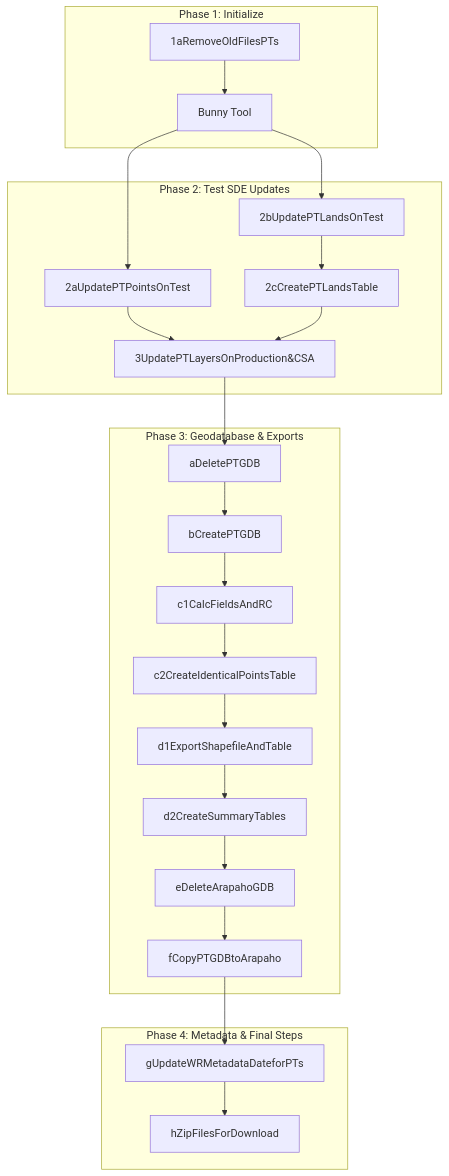
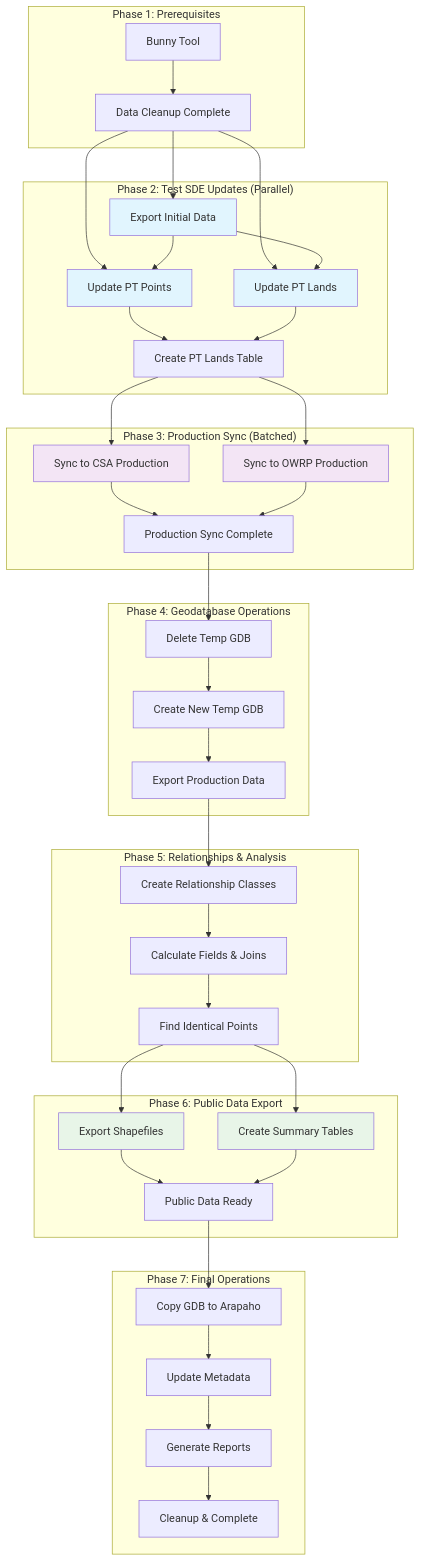
The diagram in README.md (derrickstark81/PT_Updates), drawn with Mermaid before and after one commit. The commit also changed other lines of this file, not shown here.

````diff
--- a/README.md
+++ b/README.md
@@ -90,33 +75,61 @@
 ```mermaid
 flowchart TD
 
-  subgraph "Phase 1: Initialize"
-    A[1aRemoveOldFilesPTs] --> B[Bunny Tool]
+  subgraph "Phase 1: Prerequisites"
+    A[Bunny Tool] --> B[Data Cleanup Complete]
   end
 
-  subgraph "Phase 2: Test SDE Updates"
-    B --> C[2aUpdatePTPointsOnTest]
-    B --> D[2bUpdatePTLandsOnTest]
-    D --> E[2cCreatePTLandsTable]
-    C --> F[3UpdatePTLayersOnProduction&CSA]
-    E --> F
+  subgraph "Phase 2: Test SDE Updates (Parallel)"
+    B --> C[Update PT Points]
+    B --> D[Update PT Lands]
+    B --> E[Export Initial Data]
+    C --> F[Create PT Lands Table]
+    D --> F
+    E --> C
+    E --> D
   end
   
 
-  subgraph "Phase 3: Geodatabase & Exports"
+  subgraph "Phase 3: Production Sync (Batched)"
 
-    F --> G[aDeletePTGDB]
-    G --> H[bCreatePTGDB]
-    H --> I[c1CalcFieldsAndRC]
-    I --> J[c2CreateIdenticalPointsTable]
-    J --> K[d1ExportShapefileAndTable]
-    K --> L[d2CreateSummaryTables]
-    L --> M[eDeleteArapahoGDB]
-    M --> N[fCopyPTGDBtoArapaho]
+    F --> G[Sync to CSA Production]
+    F --> H[Sync to OWRP Production]
+    G --> I[Production Sync Complete]
+    H --> I
+    
   end
 
-  subgraph "Phase 4: Metadata & Final Steps"
-    N --> O[gUpdateWRMetadataDateforPTs]
-    O --> P[hZipFilesForDownload]
+  subgraph "Phase 4: Geodatabase Operations"
+    I --> J[Delete Temp GDB]
+    J --> K[Create New Temp GDB]
+    K --> L[Export Production Data]
   end
+
+  subgraph "Phase 5: Relationships & Analysis"
+    L --> M[Create Relationship Classes]
+    M --> N[Calculate Fields & Joins]
+    N --> O[Find Identical Points]
+  end
+
+  subgraph "Phase 6: Public Data Export"
+    O --> P[Export Shapefiles]
+    O --> Q[Create Summary Tables]
+    P --> R[Public Data Ready]
+    Q --> R
+  end
+
+  subgraph "Phase 7: Final Operations"
+    R --> S[Copy GDB to Arapaho]
+    S --> T[Update Metadata]
+    T --> U[Generate Reports]
+    U --> V[Cleanup & Complete]
+  end
+
+  style C fill:#e1f5fe
+  style D fill:#e1f5fe
+  style E fill:#e1f5fe
+  style G fill:#f3e5f5
+  style H fill:#f3e5f5
+  style P fill:#e8f5e8
+  style Q fill:#e8f5e8
 ```
````
